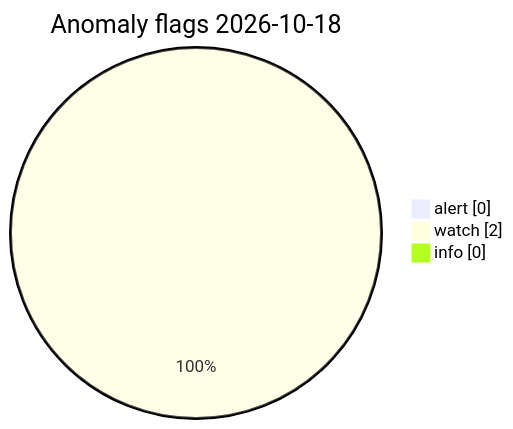
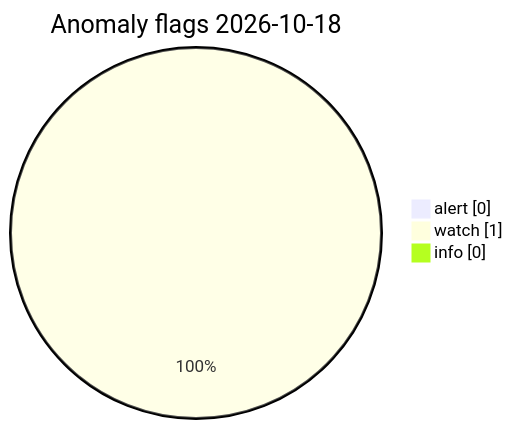
The diagram in visuals/latest/CHARTS.md (Midwest-Stratospheric/Unified-Open-Global-Weather), drawn with Mermaid before and after one commit. The commit also changed other lines of this file and 13 other files, not shown here.

Commit message:
data(visuals): automated charts 2026-10-18T13:25Z

````diff
--- a/visuals/latest/CHARTS.md
+++ b/visuals/latest/CHARTS.md
@@ -73,7 +73,7 @@
 ```mermaid
 pie showData
   title Anomaly flags 2026-10-18
   "alert" : 0
-  "watch" : 2
+  "watch" : 1
   "info" : 0
 ```
````
